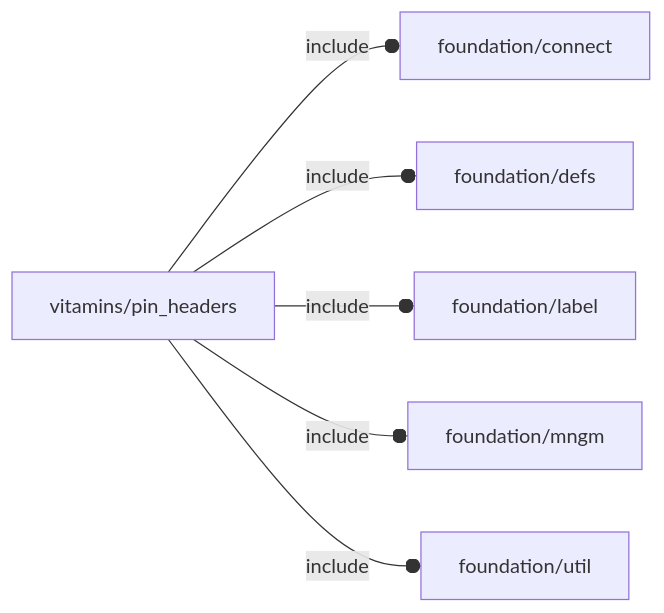
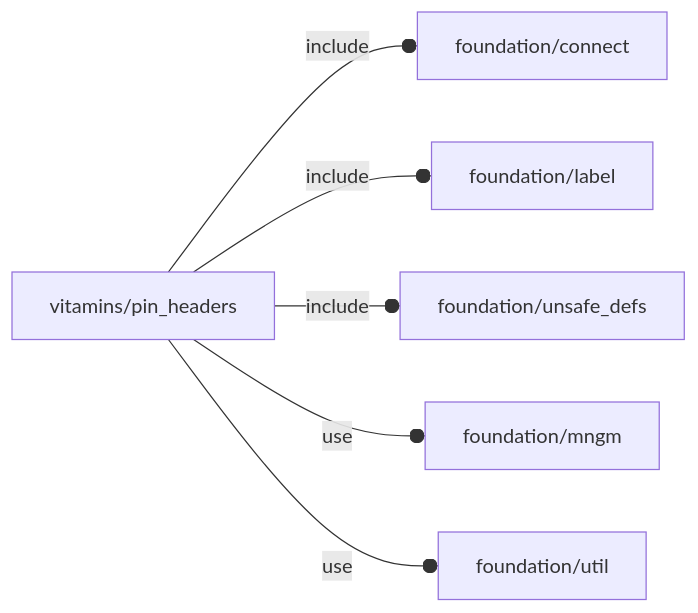
The diagram in orthodocs/vitamins/pin_headers.md (ggabbiani/OFL), drawn with Mermaid before and after one commit. The commit also changed other lines of this file and 74 other files, not shown here.

````diff
--- a/orthodocs/vitamins/pin_headers.md
+++ b/orthodocs/vitamins/pin_headers.md
@@ -5,8 +5,8 @@
 ```mermaid
 graph LR
     A1[vitamins/pin_headers] --o|include| A2[foundation/connect]
-    A1 --o|include| A3[foundation/defs]
-    A1 --o|include| A4[foundation/label]
-    A1 --o|include| A5[foundation/mngm]
-    A1 --o|include| A6[foundation/util]
+    A1 --o|include| A3[foundation/label]
+    A1 --o|include| A4[foundation/unsafe_defs]
+    A1 --o|use| A5[foundation/mngm]
+    A1 --o|use| A6[foundation/util]
 ```
````
